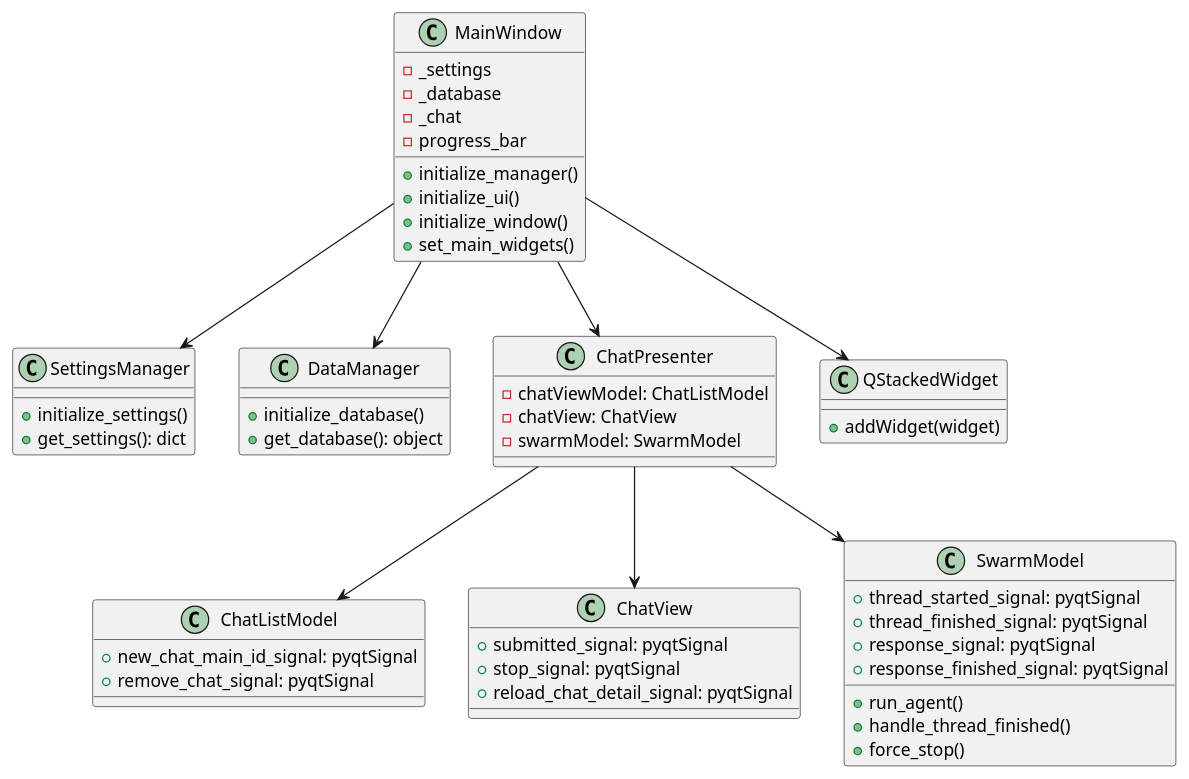
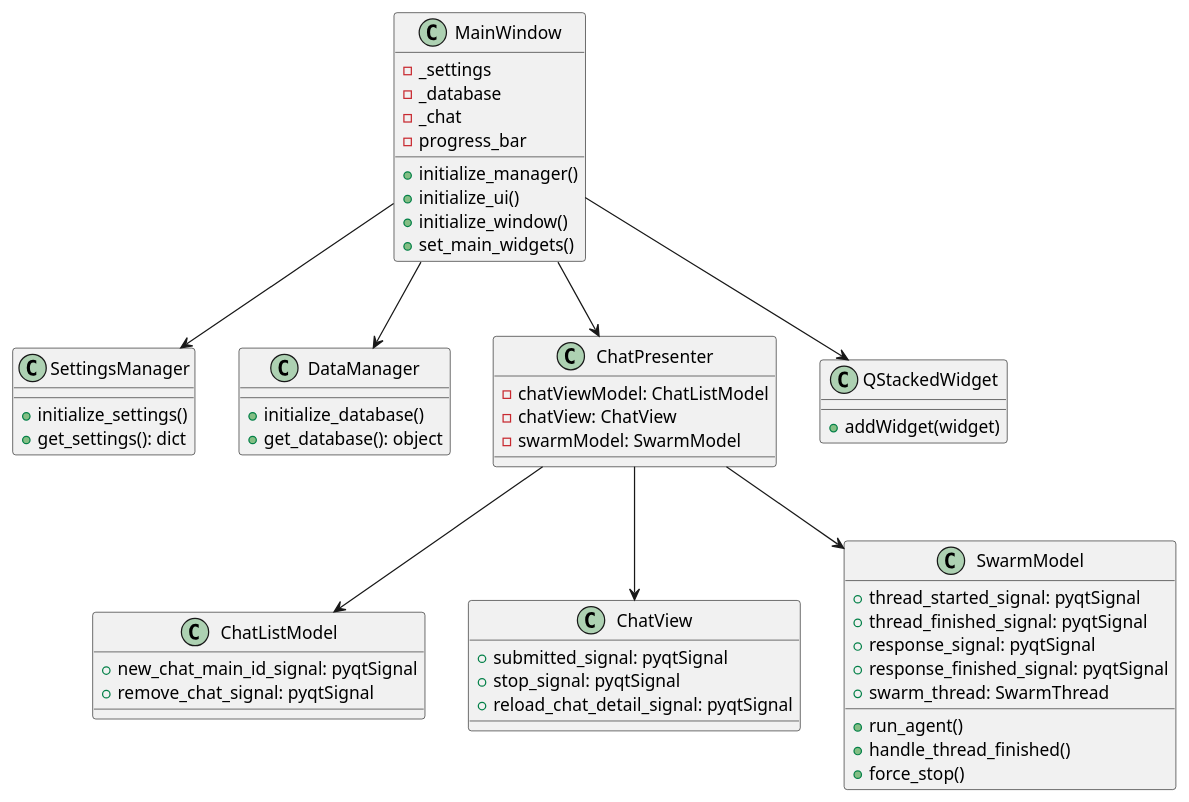
One commit to hyun-yang/MyAIAgent-Swarm changed the diagram in uml/MainWindow_class.puml. Above: the diagram before and after it, drawn with PlantUML. The commit also changed 1 other file, not shown here.

Commit message:
Updated Main Class Diagram

```diff
--- a/uml/MainWindow_class.puml
+++ b/uml/MainWindow_class.puml
@@ -1,61 +1,62 @@
 @startuml
 class MainWindow {
     - _settings
     - _database
     - _chat
     - progress_bar
     + initialize_manager()
     + initialize_ui()
     + initialize_window()
     + set_main_widgets()
 }
 
 class SettingsManager {
     + initialize_settings()
     + get_settings(): dict
 }
 
 class DataManager {
     + initialize_database()
     + get_database(): object
 }
 
 class ChatPresenter {
     - chatViewModel: ChatListModel
     - chatView: ChatView
     - swarmModel: SwarmModel
 }
 
 class QStackedWidget {
     + addWidget(widget)
 }
 
 class ChatListModel {
     + new_chat_main_id_signal: pyqtSignal
     + remove_chat_signal: pyqtSignal
 }
 
 class ChatView {
     + submitted_signal: pyqtSignal
     + stop_signal: pyqtSignal
     + reload_chat_detail_signal: pyqtSignal
 }
 
 class SwarmModel {
     + thread_started_signal: pyqtSignal
     + thread_finished_signal: pyqtSignal
     + response_signal: pyqtSignal
     + response_finished_signal: pyqtSignal
+    + swarm_thread: SwarmThread
     + run_agent()
     + handle_thread_finished()
     + force_stop()
 }
 
 MainWindow --> ChatPresenter
 MainWindow --> SettingsManager
 MainWindow --> DataManager
 MainWindow --> QStackedWidget
 ChatPresenter --> ChatListModel
 ChatPresenter --> ChatView
 ChatPresenter --> SwarmModel
 @enduml
```
